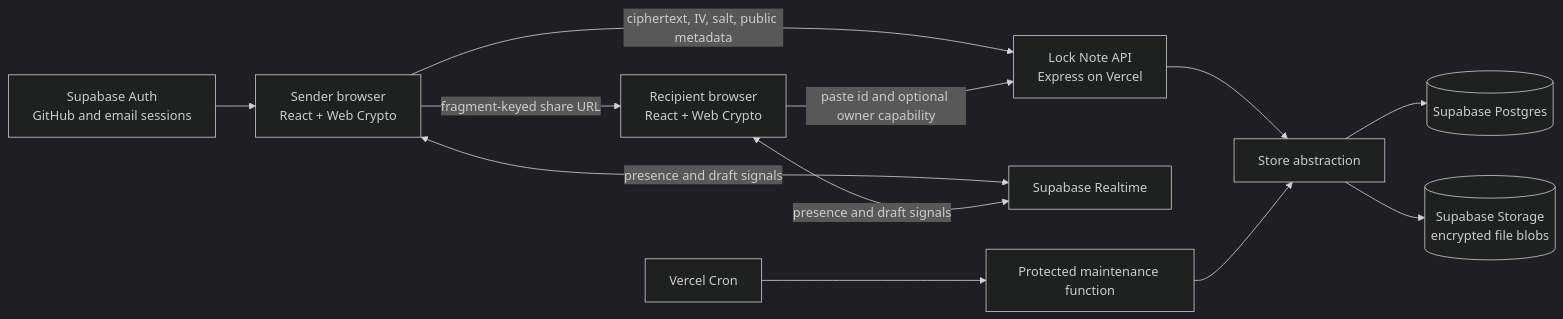
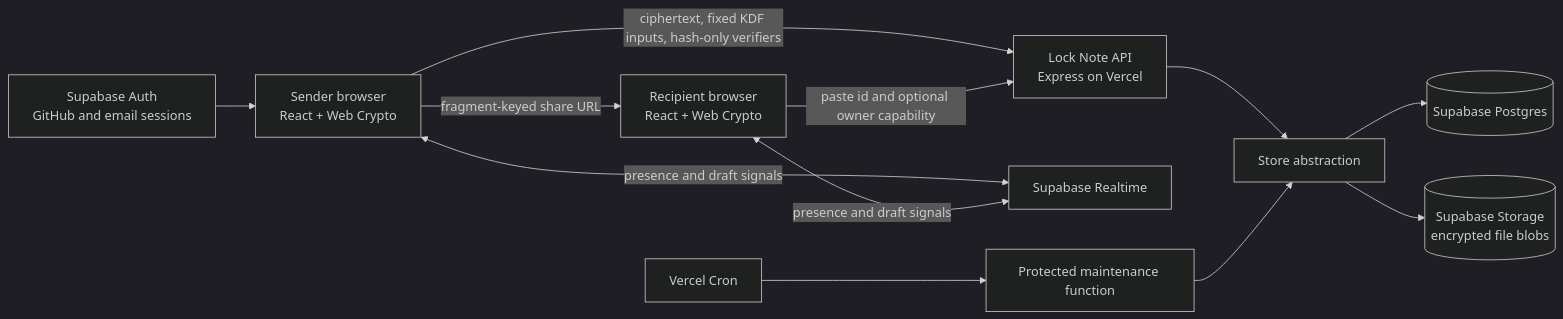
One commit to Simondavid07/Lock_NOTE changed the first of 3 diagrams in docs/ARCHITECTURE.md. Above: the diagram before and after it, drawn with Mermaid (dark theme). The commit also changed other lines of this file and 41 other files, not shown here.

````diff
--- a/docs/ARCHITECTURE.md
+++ b/docs/ARCHITECTURE.md
@@ -15,14 +15,14 @@
 ```mermaid
 flowchart LR
-    Sender[Sender browser\nReact + Web Crypto] -->|ciphertext, IV, salt, public metadata| API[Lock Note API\nExpress on Vercel]
+    Sender[Sender browser\nReact + Web Crypto] -->|ciphertext, fixed KDF inputs, hash-only verifiers| API[Lock Note API\nExpress on Vercel]
     Sender -->|fragment-keyed share URL| Recipient[Recipient browser\nReact + Web Crypto]
     Recipient -->|paste id and optional owner capability| API
     API --> Store[Store abstraction]
     Store --> DB[(Supabase Postgres)]
     Store --> Files[(Supabase Storage\nencrypted file blobs)]
     Sender <-->|presence and draft signals| RT[Supabase Realtime]
     Recipient <-->|presence and draft signals| RT
     Auth[Supabase Auth\nGitHub and email sessions] --> Sender
     Cron[Vercel Cron] --> Purge[Protected maintenance function]
     Purge --> Store
 ```
````
